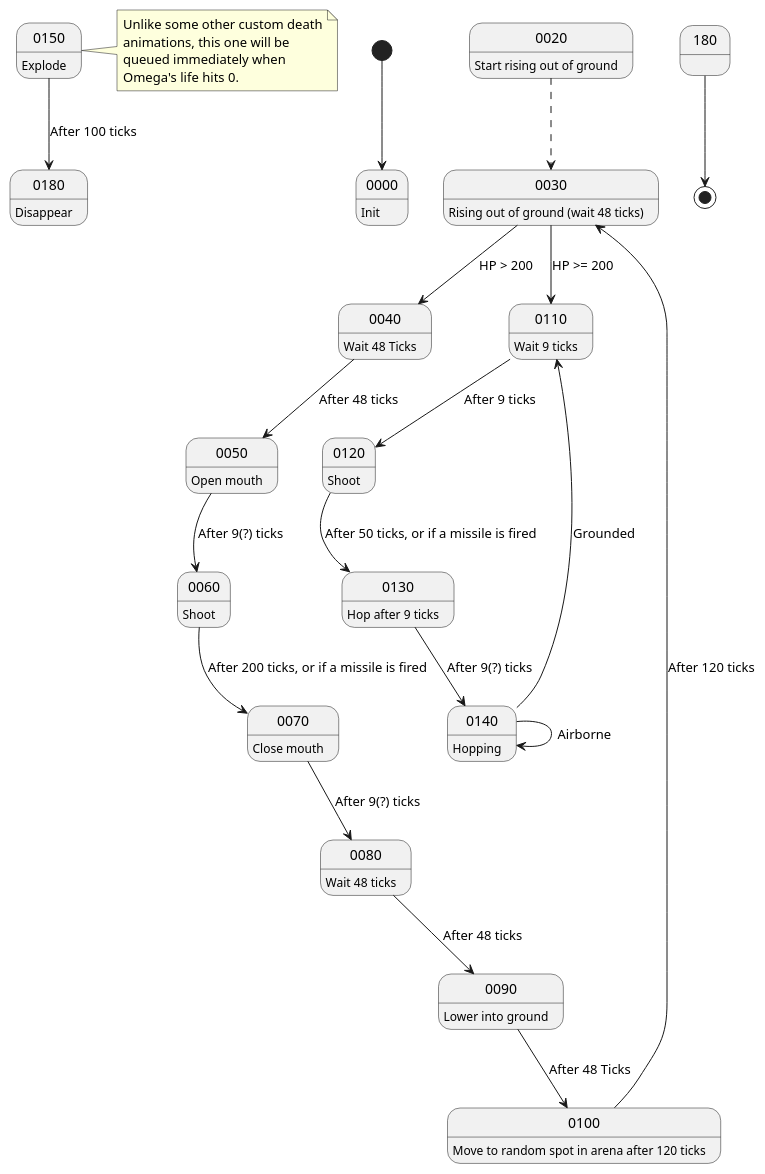
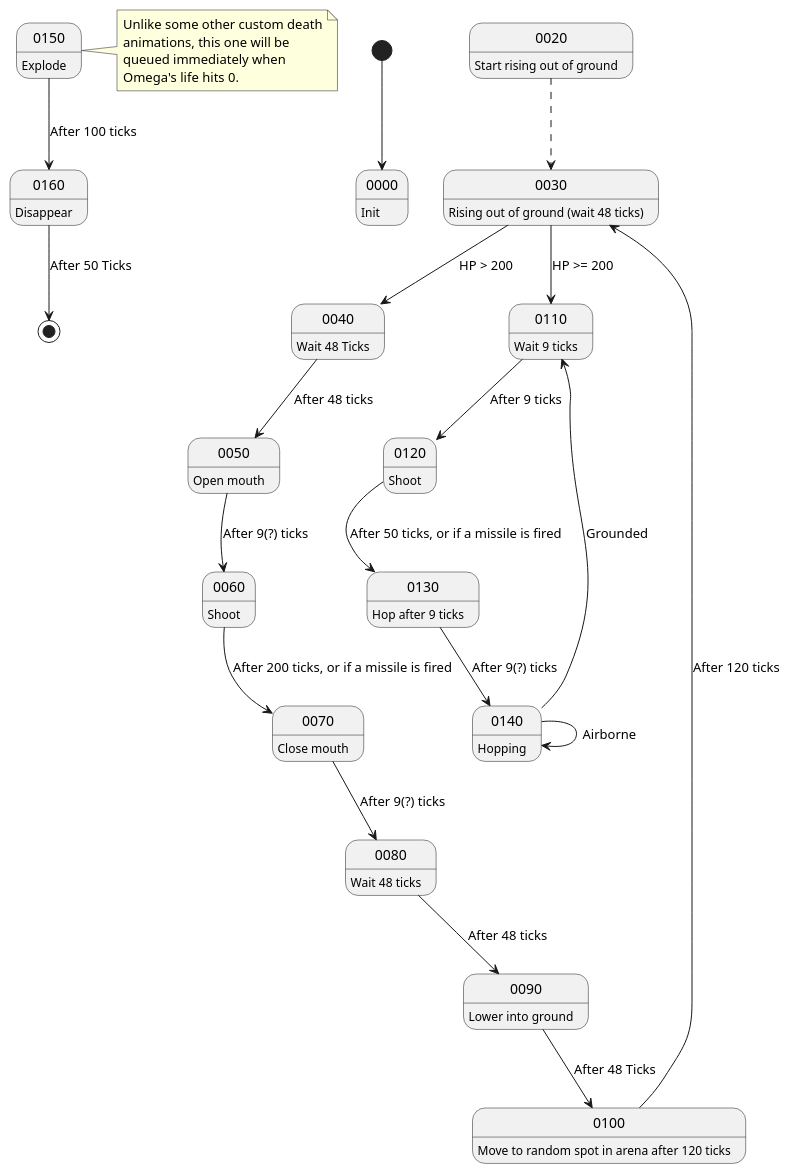
The diagram in BOA/Boss_1_-_Omega.wsd (CaveStoryModdingCommunity/ANP-Graphs), drawn with PlantUML before and after one commit. The commit also changed 1 other file, not shown here.

```diff
--- a/BOA/Boss_1_-_Omega.wsd
+++ b/BOA/Boss_1_-_Omega.wsd
@@ -1,59 +1,59 @@
 @startuml Boss 1 - Omega
 
 [*] --> 0000
 0000 : Init
 
 0020 : Start rising out of ground
 0020 -[dashed]-> 0030
 
 0030 : Rising out of ground (wait 48 ticks)
 0030 --> 0040 : HP > 200
 0030 --> 0110 : HP >= 200
 
 0040 : Wait 48 Ticks
 0040 --> 0050 : After 48 ticks
 
 0050 : Open mouth
 0050 --> 0060 : After 9(?) ticks
 
 0060 : Shoot
 0060 --> 0070 : After 200 ticks, or if a missile is fired
 
 0070 : Close mouth
 0070 --> 0080 : After 9(?) ticks
 
 0080 : Wait 48 ticks
 0080 --> 0090 : After 48 ticks
 
 0090 : Lower into ground
 0090 --> 0100 : After 48 Ticks
 
 0100 : Move to random spot in arena after 120 ticks
 0100 --> 0030 : After 120 ticks
 
 0110 : Wait 9 ticks
 0110 --> 0120 : After 9 ticks
 
 0120 : Shoot
 0120 --> 0130 : After 50 ticks, or if a missile is fired
 
 0130 : Hop after 9 ticks
 0130 --> 0140 : After 9(?) ticks
 
 0140 : Hopping
 0140 --> 0140 : Airborne
 0140 --> 0110 : Grounded
 
 0150 : Explode
 note right of 0150
 Unlike some other custom death
 animations, this one will be
 queued immediately when
 Omega's life hits 0.
 end note
-0150 --> 0180 : After 100 ticks
+0150 --> 0160 : After 100 ticks
 
-0180 : Disappear
-180 --> [*]
+0160 : Disappear
+0160 --> [*] : After 50 Ticks
 
 @enduml
```
